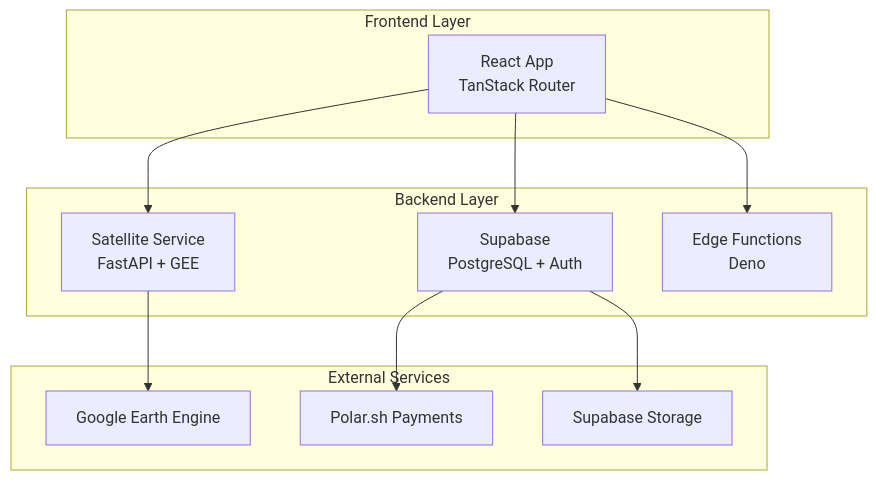
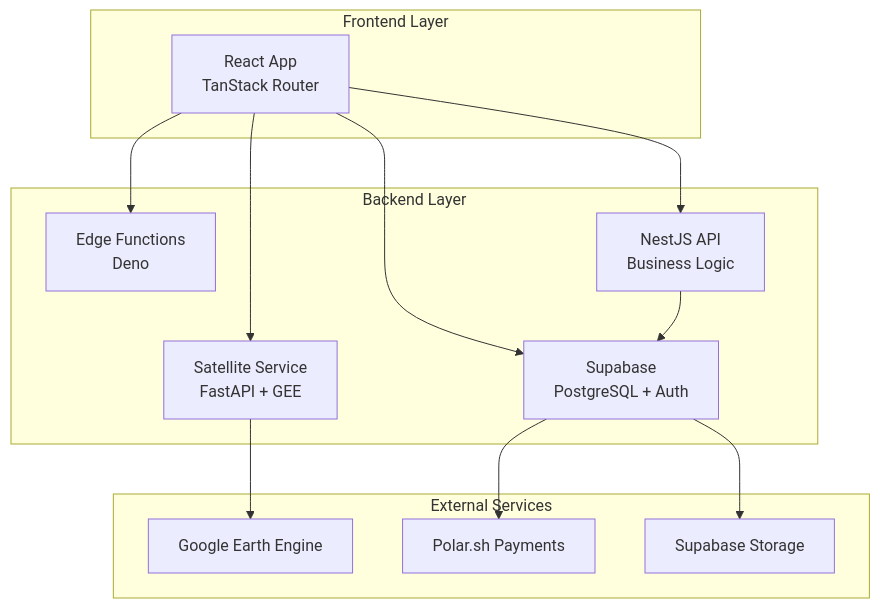
The diagram in docs/docs/intro.md (boutchaz/agritech), drawn with Mermaid before and after one commit. The commit also changed other lines of this file and 18 other files, not shown here.

````diff
--- a/docs/docs/intro.md
+++ b/docs/docs/intro.md
@@ -102,25 +131,28 @@
 ```mermaid
 graph TB
     subgraph "Frontend Layer"
         A[React App<br/>TanStack Router]
     end
 
     subgraph "Backend Layer"
         B[Supabase<br/>PostgreSQL + Auth]
         C[Satellite Service<br/>FastAPI + GEE]
         D[Edge Functions<br/>Deno]
+        H[NestJS API<br/>Business Logic]
     end
 
     subgraph "External Services"
         E[Google Earth Engine]
         F[Polar.sh Payments]
         G[Supabase Storage]
     end
 
     A --> B
     A --> C
     A --> D
+    A --> H
     C --> E
     B --> F
     B --> G
+    H --> B
 ```
````
